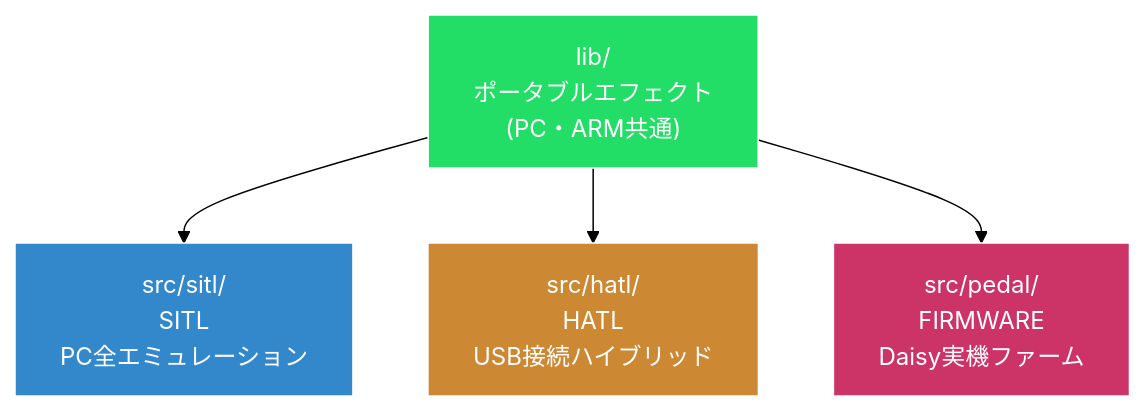
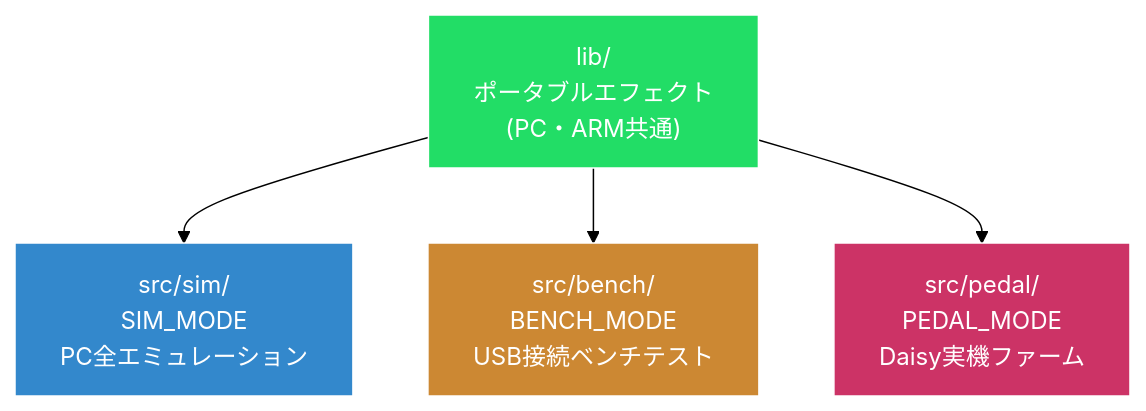
One commit to hiroyuki-s1/daisy_sim changed the first of 7 diagrams in README.md. Above: the diagram before and after it, drawn with Mermaid (forest theme). The commit also changed other lines of this file and 241 other files, not shown here.

First line of the commit message:
Rename build modes: SITL→SIM_MODE, HATL→BENCH_MODE, FIRMWARE→PEDAL_MODE

````diff
--- a/README.md
+++ b/README.md
@@ -6,16 +6,16 @@
 ```mermaid
 graph TB
     LIB["lib/<br/>ポータブルエフェクト<br/>(PC・ARM共通)"]
-    SITL["src/sitl/<br/>SITL<br/>PC全エミュレーション"]
-    HATL["src/hatl/<br/>HATL<br/>USB接続ハイブリッド"]
-    PEDAL["src/pedal/<br/>FIRMWARE<br/>Daisy実機ファーム"]
+    SIM["src/sim/<br/>SIM_MODE<br/>PC全エミュレーション"]
+    BENCH["src/bench/<br/>BENCH_MODE<br/>USB接続ベンチテスト"]
+    PEDAL["src/pedal/<br/>PEDAL_MODE<br/>Daisy実機ファーム"]
 
-    LIB --> SITL
-    LIB --> HATL
+    LIB --> SIM
+    LIB --> BENCH
     LIB --> PEDAL
 
     style LIB fill:#2d6,stroke:#fff,color:#fff
-    style SITL fill:#38c,stroke:#fff,color:#fff
-    style HATL fill:#c83,stroke:#fff,color:#fff
+    style SIM fill:#38c,stroke:#fff,color:#fff
+    style BENCH fill:#c83,stroke:#fff,color:#fff
     style PEDAL fill:#c36,stroke:#fff,color:#fff
 ```
````
